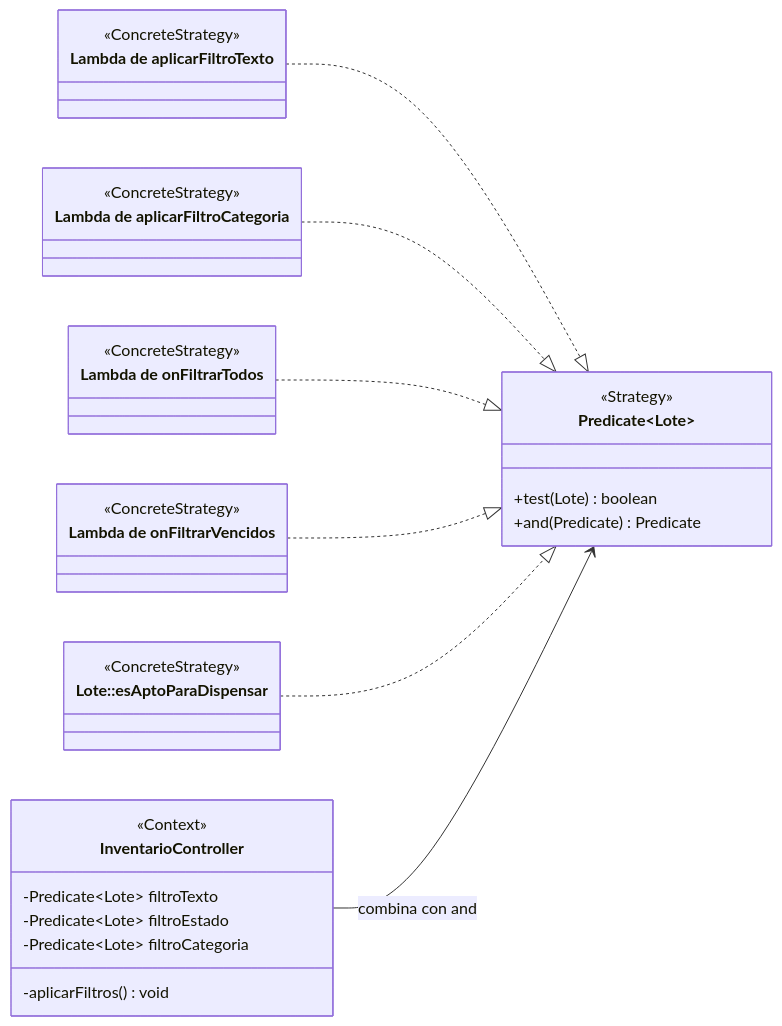
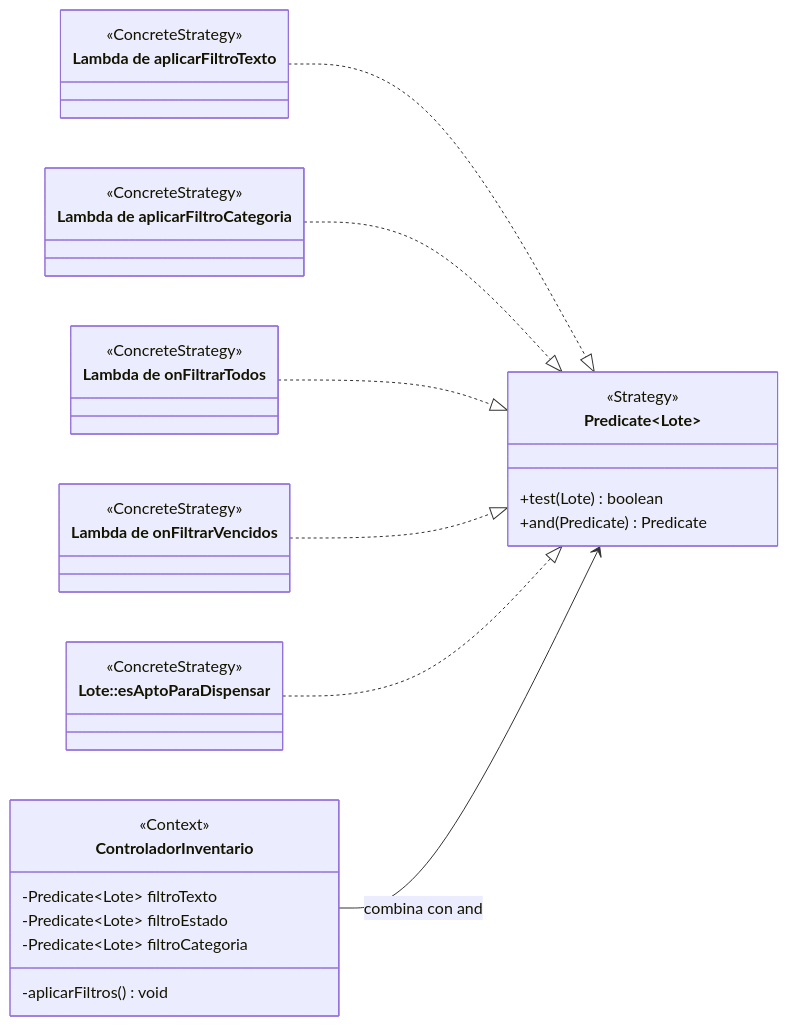
One commit to puj-course/FIS_2630_1204_G1 changed the diagram in docs/diagramas/HU-92/STRATEGY_FILTROS_INVENTARIO.md. Above: the diagram before and after it, drawn with Mermaid. The commit also changed other lines of this file and 121 other files, not shown here.

````diff
--- a/docs/diagramas/HU-92/STRATEGY_FILTROS_INVENTARIO.md
+++ b/docs/diagramas/HU-92/STRATEGY_FILTROS_INVENTARIO.md
@@ -25,42 +25,42 @@
 ```mermaid
 classDiagram
     direction LR
 
     class Predicate~Lote~ {
         <<Strategy>>
         +test(Lote) boolean
         +and(Predicate) Predicate
     }
 
-    class InventarioController {
+    class ControladorInventario {
         <<Context>>
         -Predicate~Lote~ filtroTexto
         -Predicate~Lote~ filtroEstado
         -Predicate~Lote~ filtroCategoria
         -aplicarFiltros() void
     }
 
     class ETexto["Lambda de aplicarFiltroTexto"] {
         <<ConcreteStrategy>>
     }
     class ECategoria["Lambda de aplicarFiltroCategoria"] {
         <<ConcreteStrategy>>
     }
     class ETodos["Lambda de onFiltrarTodos"] {
         <<ConcreteStrategy>>
     }
     class EVencidos["Lambda de onFiltrarVencidos"] {
         <<ConcreteStrategy>>
     }
     class EAptos["Lote::esAptoParaDispensar"] {
         <<ConcreteStrategy>>
     }
 
     ETexto ..|> Predicate
     ECategoria ..|> Predicate
     ETodos ..|> Predicate
     EVencidos ..|> Predicate
     EAptos ..|> Predicate
 
-    InventarioController --> Predicate : combina con and
+    ControladorInventario --> Predicate : combina con and
 ```
````
